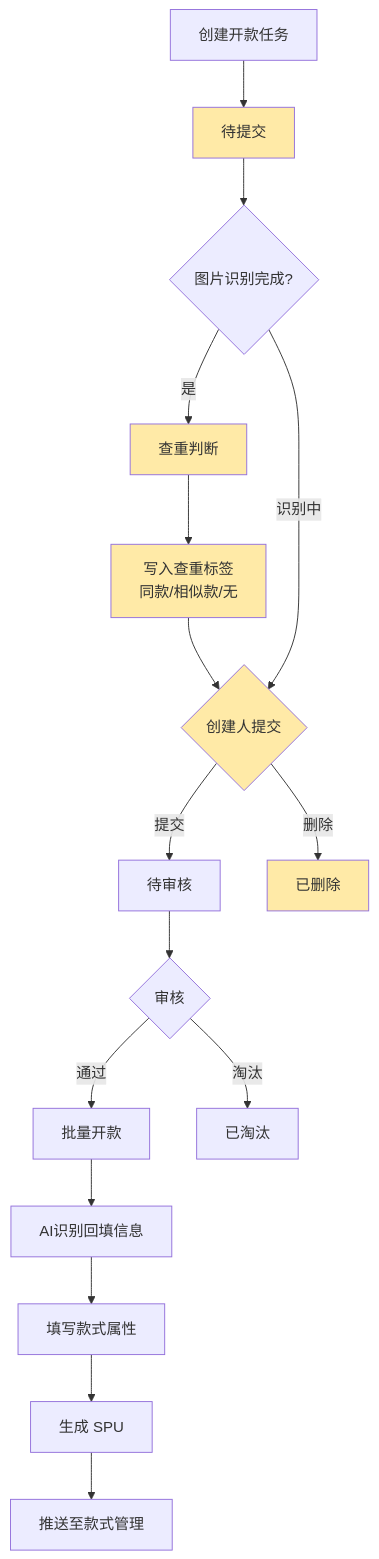
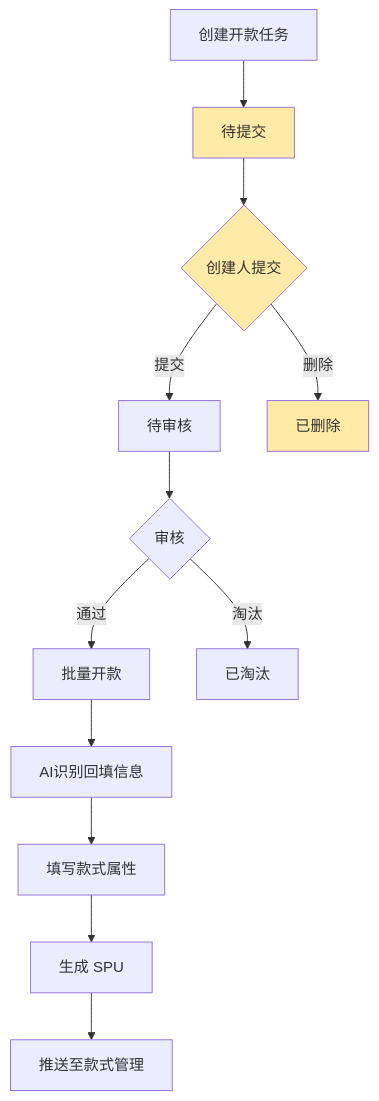
One commit to lin15622159201-arch/sdp-prd changed the first of 4 diagrams in modules/v2.8.0/design-task.md. Above: the diagram before and after it, drawn with Mermaid. The commit also changed other lines of this file and 3 other files, not shown here.

Commit message:
v2.8.0修改文档 1. 开款列表的 查重标签去掉 2. 删除日志里面的 提交款式资料、创建 SKC 3. 日志里面的 变更设计师、图片下载 只记录SKC维度

````diff
--- a/modules/v2.8.0/design-task.md
+++ b/modules/v2.8.0/design-task.md
@@ -60,24 +60,18 @@
 ```mermaid
 flowchart TD
     A[创建开款任务] --> B[待提交]
-    B --> C{图片识别完成?}
-    C -->|是| D[查重判断]
-    D --> E[写入查重标签\n同款/相似款/无]
-    E --> F{创建人提交}
-    C -->|识别中| F
+    B --> F{创建人提交}
     F -->|提交| G[待审核]
     F -->|删除| DEL[已删除]
     G --> H{审核}
     H -->|通过| I[批量开款]
     H -->|淘汰| J[已淘汰]
     I --> K[AI识别回填信息]
     K --> L[填写款式属性]
     L --> M[生成 SPU]
     M --> N[推送至款式管理]
 
     style B fill:#ffeaa7
-    style D fill:#ffeaa7
-    style E fill:#ffeaa7
     style F fill:#ffeaa7
     style DEL fill:#ffeaa7
 ```
````
